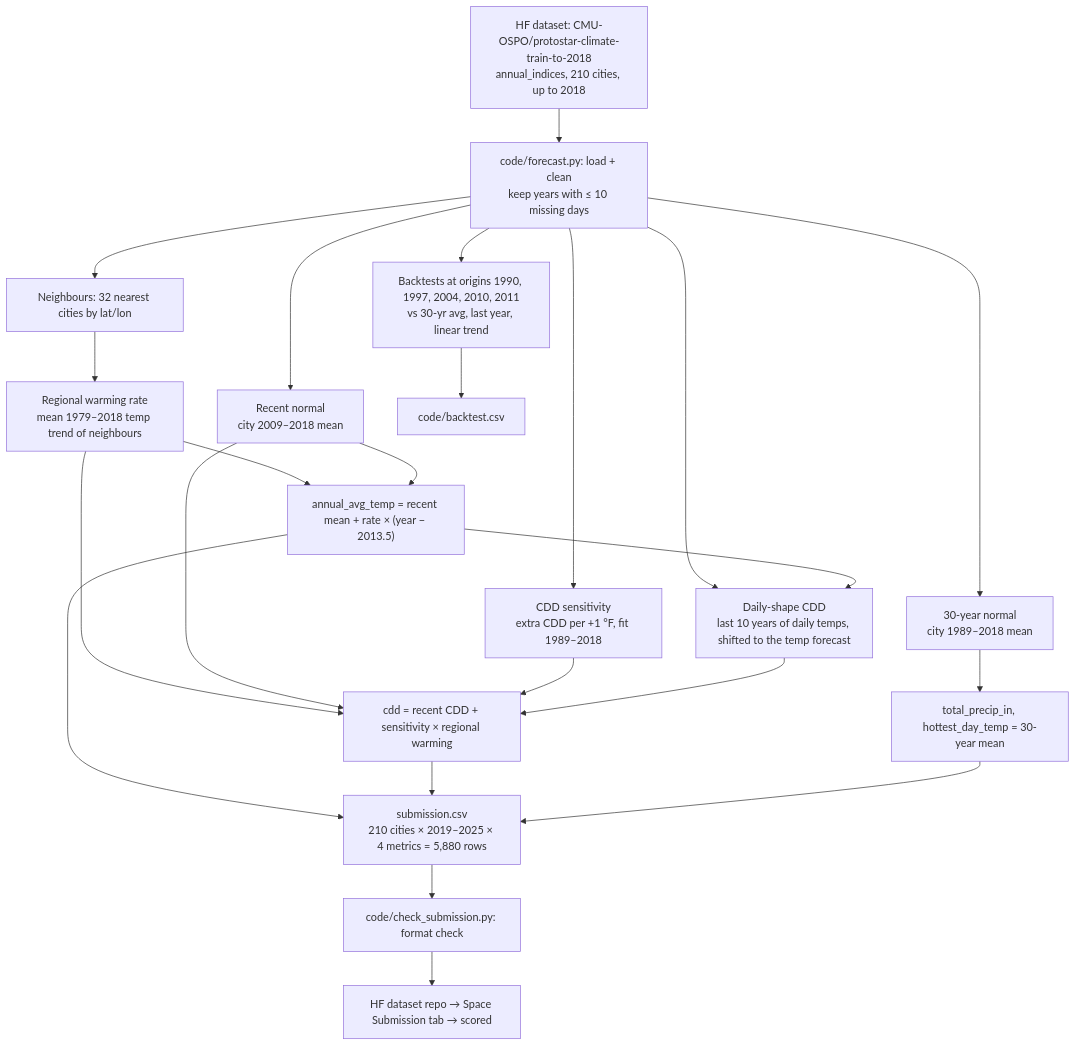
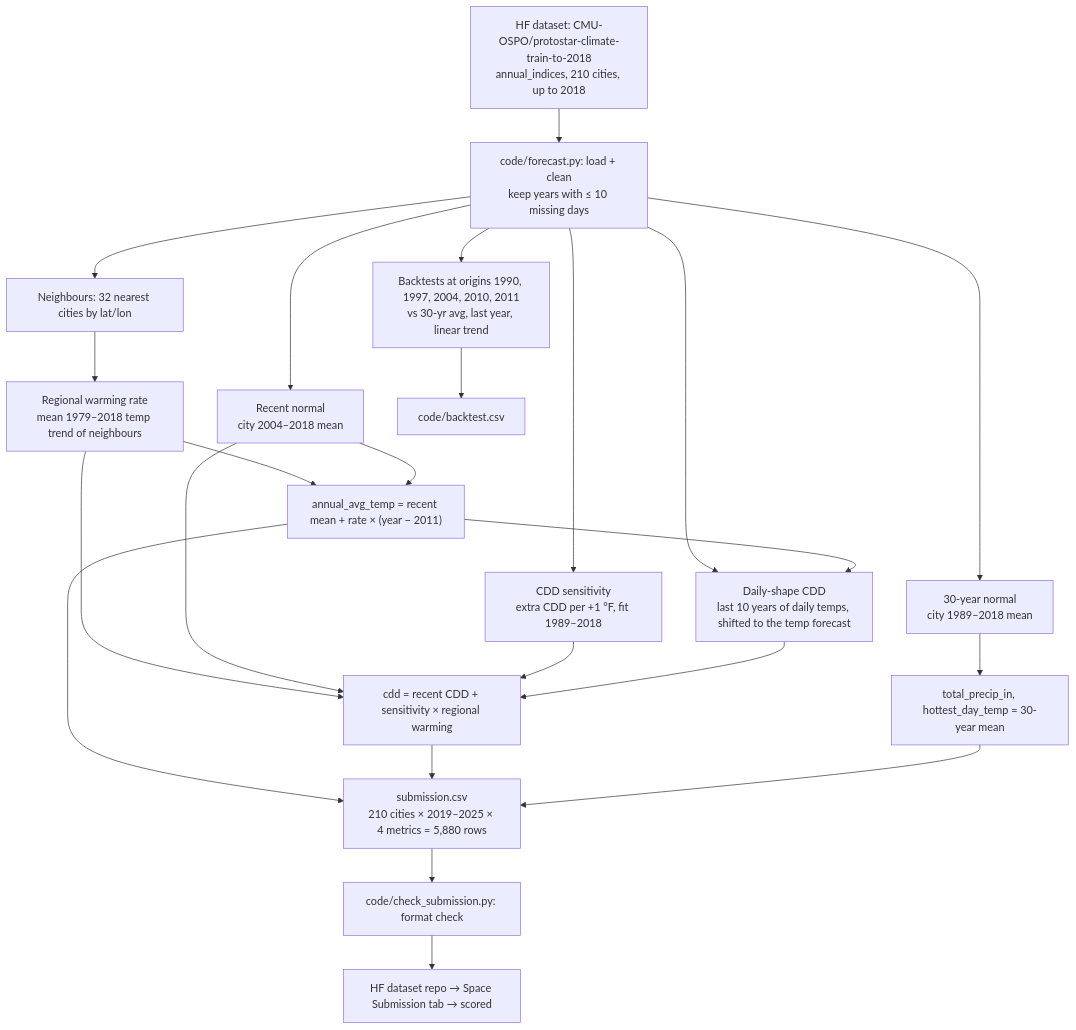
The diagram in README.md (ironMan-blip/protostar-climate-team-tatakae), drawn with Mermaid before and after one commit. The commit also changed other lines of this file and 3 other files, not shown here.

Commit message:
refactor: update climate forecast model to use 15-year recent normal window

````diff
--- a/README.md
+++ b/README.md
@@ -35,25 +35,25 @@
 ```mermaid
 flowchart TD
     A["HF dataset: CMU-OSPO/protostar-climate-train-to-2018<br/>annual_indices, 210 cities, up to 2018"] --> B["code/forecast.py: load + clean<br/>keep years with ≤ 10 missing days"]
     B --> C["Neighbours: 32 nearest cities by lat/lon"]
     C --> D["Regional warming rate<br/>mean 1979–2018 temp trend of neighbours"]
-    B --> E["Recent normal<br/>city 2009–2018 mean"]
+    B --> E["Recent normal<br/>city 2004–2018 mean"]
     B --> F["30-year normal<br/>city 1989–2018 mean"]
     B --> G["CDD sensitivity<br/>extra CDD per +1 °F, fit 1989–2018"]
-    D --> T["annual_avg_temp = recent mean + rate × (year − 2013.5)"]
+    D --> T["annual_avg_temp = recent mean + rate × (year − 2011)"]
     E --> T
     D --> K["cdd = recent CDD + sensitivity × regional warming"]
     E --> K
     G --> K
     F --> P["total_precip_in, hottest_day_temp = 30-year mean"]
     T --> S["submission.csv<br/>210 cities × 2019–2025 × 4 metrics = 5,880 rows"]
     K --> S
     P --> S
     B --> DS["Daily-shape CDD<br/>last 10 years of daily temps, shifted to the temp forecast"]
     T --> DS
     DS --> K
     B --> BT["Backtests at origins 1990, 1997, 2004, 2010, 2011<br/>vs 30-yr avg, last year, linear trend"]
     BT --> BC["code/backtest.csv"]
     S --> CH["code/check_submission.py: format check"]
     CH --> HF["HF dataset repo → Space Submission tab → scored"]
 ```
````
